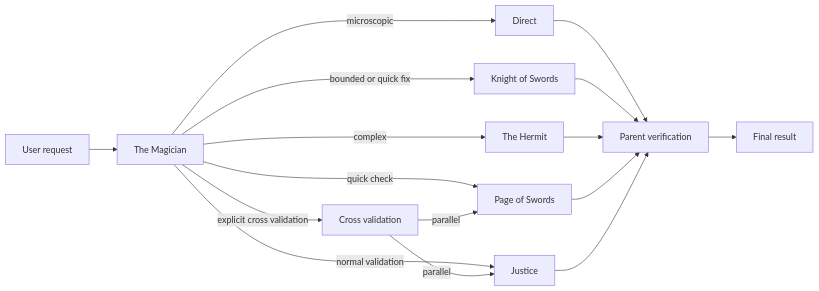
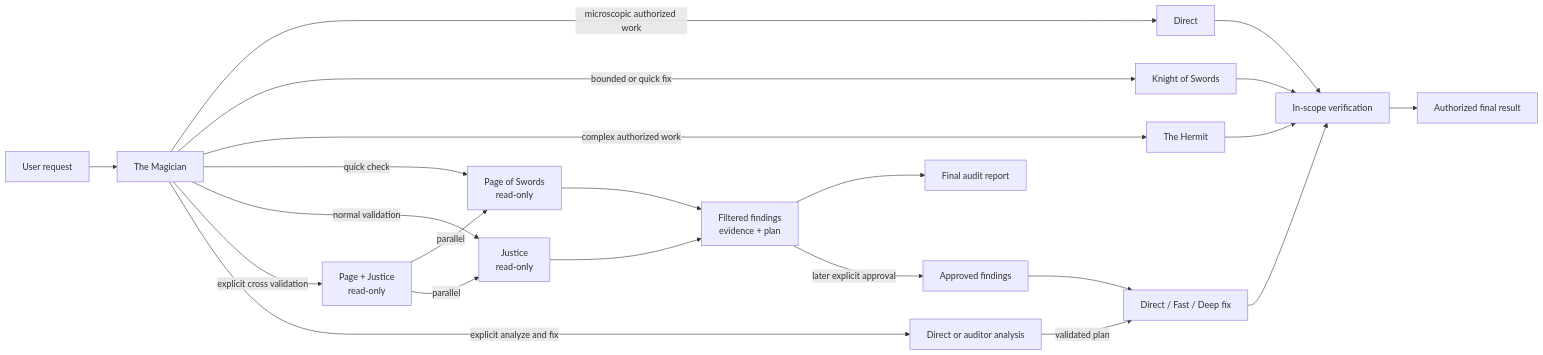
The first of 3 diagrams in README.md (bsosik1/opencode-arcana), drawn with Mermaid before and after one commit. The commit also changed other lines of this file and 17 other files, not shown here.

````diff
--- a/README.md
+++ b/README.md
@@ -42,18 +42,24 @@
 ```mermaid
 flowchart LR
     request["User request"] --> magician["The Magician"]
-    magician -->|microscopic| direct["Direct"]
+    magician -->|microscopic authorized work| direct["Direct"]
     magician -->|bounded or quick fix| knight["Knight of Swords"]
-    magician -->|complex| hermit["The Hermit"]
-    magician -->|quick check| page["Page of Swords"]
-    magician -->|normal validation| justice["Justice"]
-    magician -->|explicit cross validation| cross["Cross validation"]
+    magician -->|complex authorized work| hermit["The Hermit"]
+    magician -->|quick check| page["Page of Swords<br/>read-only"]
+    magician -->|normal validation| justice["Justice<br/>read-only"]
+    magician -->|explicit cross validation| cross["Page + Justice<br/>read-only"]
     cross -->|parallel| page
     cross -->|parallel| justice
-    direct --> parent["Parent verification"]
-    knight --> parent
-    hermit --> parent
-    page --> parent
-    justice --> parent
-    parent --> result["Final result"]
+    page --> report["Filtered findings<br/>evidence + plan"]
+    justice --> report
+    report --> auditFinal["Final audit report"]
+    report -->|later explicit approval| approval["Approved findings"]
+    magician -->|explicit analyze and fix| analysis["Direct or auditor analysis"]
+    analysis -->|validated plan| implementation["Direct / Fast / Deep fix"]
+    approval --> implementation
+    implementation --> verification["In-scope verification"]
+    direct --> verification
+    knight --> verification
+    hermit --> verification
+    verification --> result["Authorized final result"]
 ```
````
